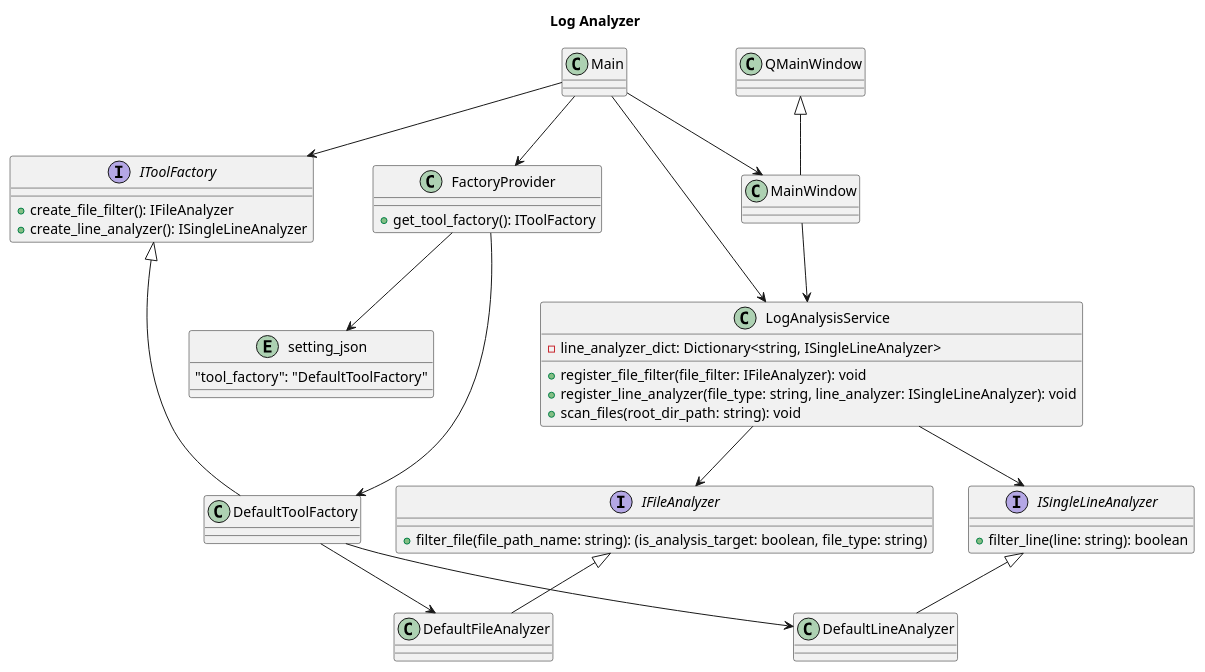
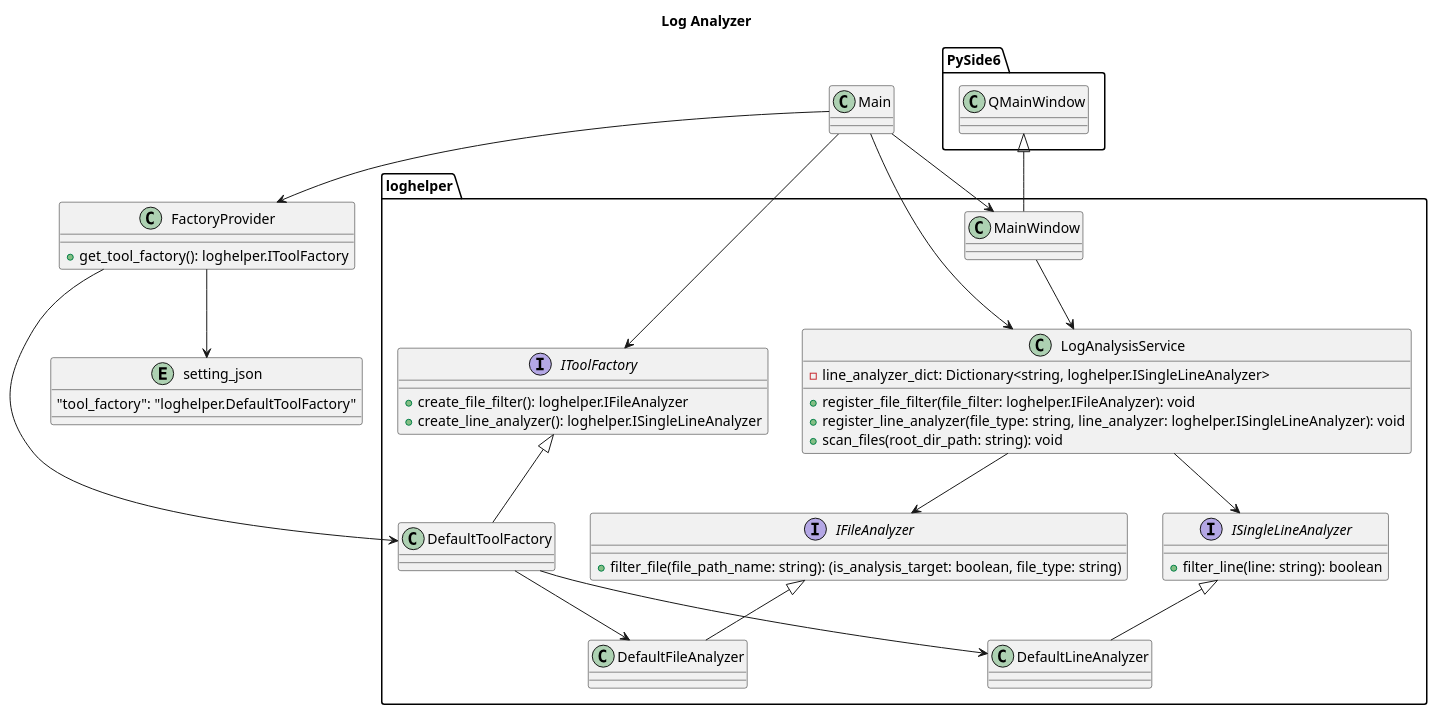
One commit to Takayoshi-Matsuyama/log_analyzer changed the diagram in doc/log_analyzer.puml. Above: the diagram before and after it, drawn with PlantUML.

Commit message:
Updated - class diagram

```diff
--- a/doc/log_analyzer.puml
+++ b/doc/log_analyzer.puml
@@ -1,89 +1,89 @@
 @startuml log_analyzer
 
 'Copyright 2026 Takayoshi Matsuyama
 '
 'Licensed under the Apache License, Version 2.0 (the "License");
 'you may not use this file except in compliance with the License.
 'You may obtain a copy of the License at
 '
 '    http://www.apache.org/licenses/LICENSE-2.0
 '
 'Unless required by applicable law or agreed to in writing, software
 'distributed under the License is distributed on an "AS IS" BASIS,
 'WITHOUT WARRANTIES OR CONDITIONS OF ANY KIND, either express or implied.
 'See the License for the specific language governing permissions and
 'limitations under the License.
 
 title Log Analyzer
 
-interface IFileAnalyzer
+interface loghelper.IFileAnalyzer
 {
     +filter_file(file_path_name: string): (is_analysis_target: boolean, file_type: string)
 }
 
-class DefaultFileAnalyzer {}
+class loghelper.DefaultFileAnalyzer {}
 
-IFileAnalyzer <|-- DefaultFileAnalyzer
+loghelper.IFileAnalyzer <|-- loghelper.DefaultFileAnalyzer
 
-interface ISingleLineAnalyzer
+interface loghelper.ISingleLineAnalyzer
 {
     +filter_line(line: string): boolean
 }
 
-class DefaultLineAnalyzer {}
+class loghelper.DefaultLineAnalyzer {}
 
-ISingleLineAnalyzer <|-- DefaultLineAnalyzer
+loghelper.ISingleLineAnalyzer <|-- loghelper.DefaultLineAnalyzer
 
 
-interface IToolFactory
+interface loghelper.IToolFactory
 {
-    +create_file_filter(): IFileAnalyzer
-    +create_line_analyzer(): ISingleLineAnalyzer
+    +create_file_filter(): loghelper.IFileAnalyzer
+    +create_line_analyzer(): loghelper.ISingleLineAnalyzer
 }
 
-class DefaultToolFactory {}
+class loghelper.DefaultToolFactory {}
 
-IToolFactory <|-- DefaultToolFactory
+loghelper.IToolFactory <|-- loghelper.DefaultToolFactory
 
-DefaultToolFactory --> DefaultFileAnalyzer
-DefaultToolFactory --> DefaultLineAnalyzer
+loghelper.DefaultToolFactory --> loghelper.DefaultFileAnalyzer
+loghelper.DefaultToolFactory --> loghelper.DefaultLineAnalyzer
 
-class LogAnalysisService
+class loghelper.LogAnalysisService
 {
-    -line_analyzer_dict: Dictionary<string, ISingleLineAnalyzer>
-    +register_file_filter(file_filter: IFileAnalyzer): void
-    +register_line_analyzer(file_type: string, line_analyzer: ISingleLineAnalyzer): void
+    -line_analyzer_dict: Dictionary<string, loghelper.ISingleLineAnalyzer>
+    +register_file_filter(file_filter: loghelper.IFileAnalyzer): void
+    +register_line_analyzer(file_type: string, line_analyzer: loghelper.ISingleLineAnalyzer): void
     +scan_files(root_dir_path: string): void
 }
 
-LogAnalysisService --> IFileAnalyzer
-LogAnalysisService --> ISingleLineAnalyzer
+loghelper.LogAnalysisService --> loghelper.IFileAnalyzer
+loghelper.LogAnalysisService --> loghelper.ISingleLineAnalyzer
 
-class QMainWindow {}
+class PySide6.QMainWindow {}
 
-class MainWindow {}
+class loghelper.MainWindow {}
 
-QMainWindow <|-- MainWindow
+PySide6.QMainWindow <|-- loghelper.MainWindow
 
 entity setting_json
 {
-    "tool_factory": "DefaultToolFactory"
+    "tool_factory": "loghelper.DefaultToolFactory"
 }
 
 class FactoryProvider
  {
-    +get_tool_factory(): IToolFactory
+    +get_tool_factory(): loghelper.IToolFactory
 }
 
 FactoryProvider --> setting_json
-FactoryProvider --> DefaultToolFactory
+FactoryProvider --> loghelper.DefaultToolFactory
 
 class Main {}
 
 Main --> FactoryProvider
-Main --> IToolFactory
-Main --> LogAnalysisService
-Main --> MainWindow
-MainWindow --> LogAnalysisService
+Main --> loghelper.IToolFactory
+Main --> loghelper.LogAnalysisService
+Main --> loghelper.MainWindow
+loghelper.MainWindow --> loghelper.LogAnalysisService
 
 @enduml
```
